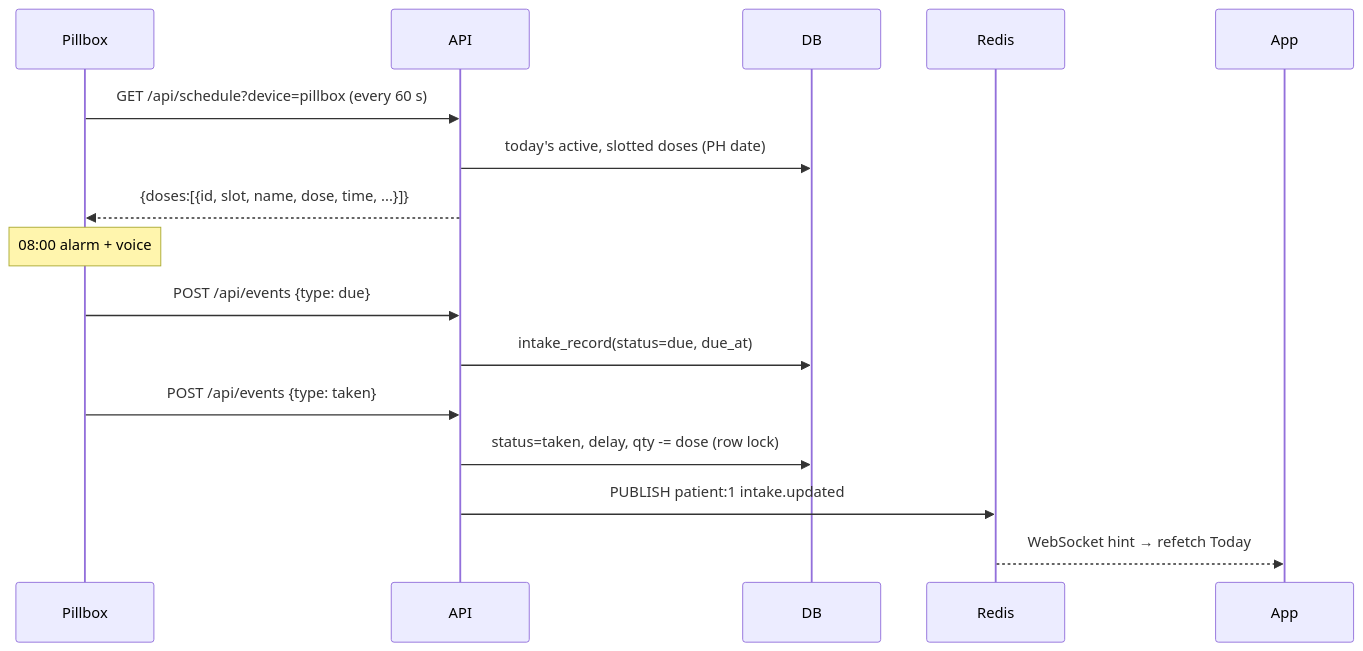
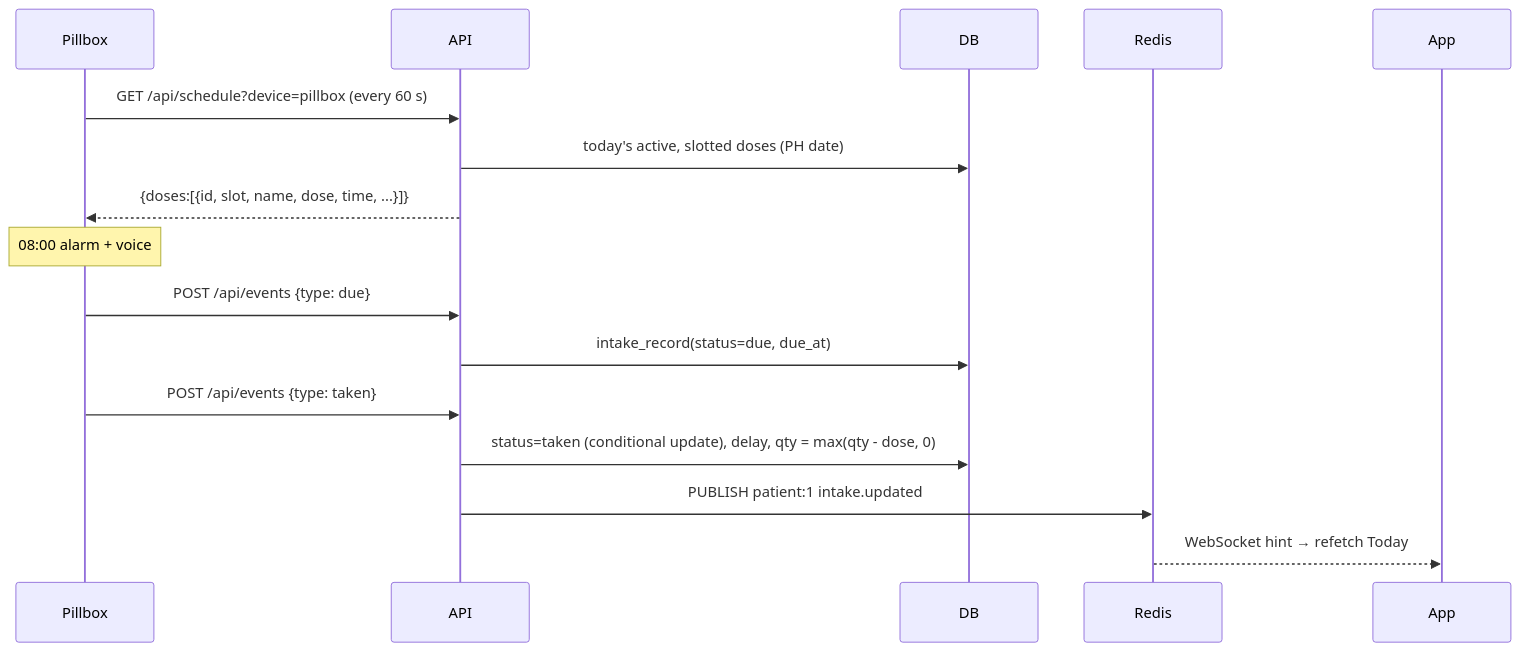
The second of 3 diagrams in docs/architecture.md (ArtisTechs/voice-prototype-medicine-reminder), drawn with Mermaid before and after one commit. The commit also changed other lines of this file and 237 other files, not shown here.

````diff
--- a/docs/architecture.md
+++ b/docs/architecture.md
@@ -48,18 +49,18 @@
 ```mermaid
 sequenceDiagram
   participant PB as Pillbox
   participant API
   participant DB
   participant R as Redis
   participant App
   PB->>API: GET /api/schedule?device=pillbox (every 60 s)
   API->>DB: today's active, slotted doses (PH date)
   API-->>PB: {doses:[{id, slot, name, dose, time, ...}]}
   Note over PB: 08:00 alarm + voice
   PB->>API: POST /api/events {type: due}
   API->>DB: intake_record(status=due, due_at)
   PB->>API: POST /api/events {type: taken}
-  API->>DB: status=taken, delay, qty -= dose (row lock)
+  API->>DB: status=taken (conditional update), delay, qty = max(qty - dose, 0)
   API->>R: PUBLISH patient:1 intake.updated
   R-->>App: WebSocket hint → refetch Today
 ```
````
